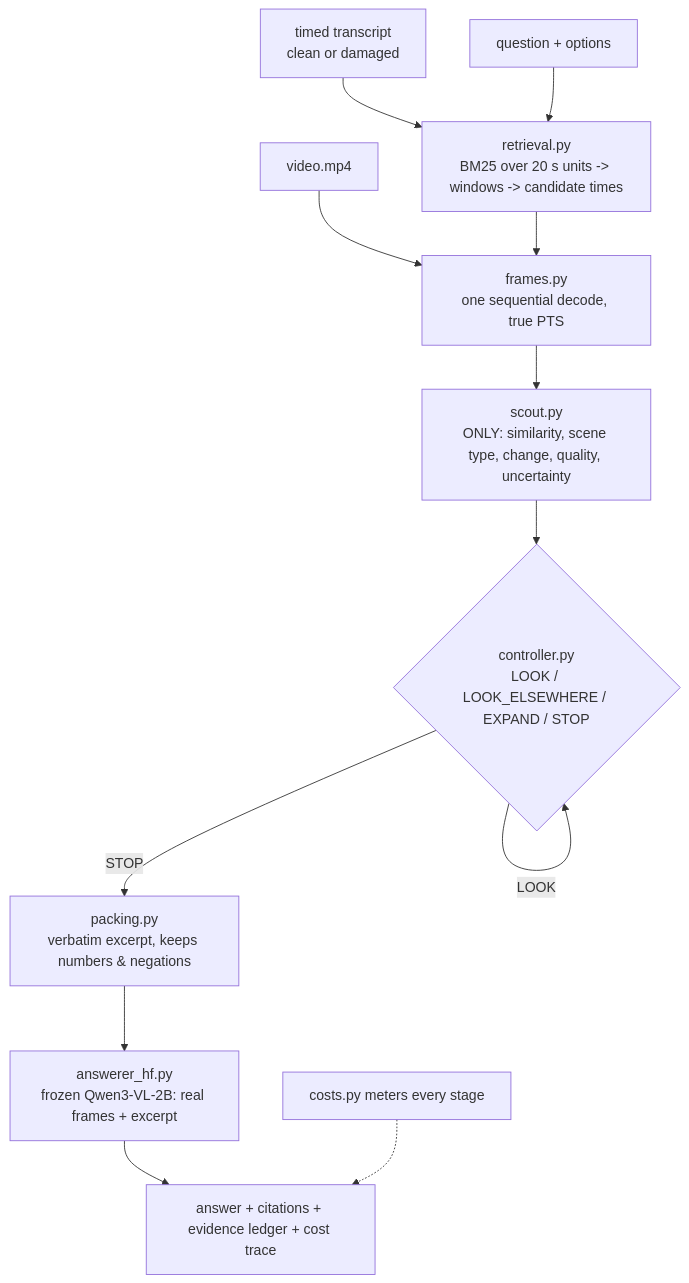
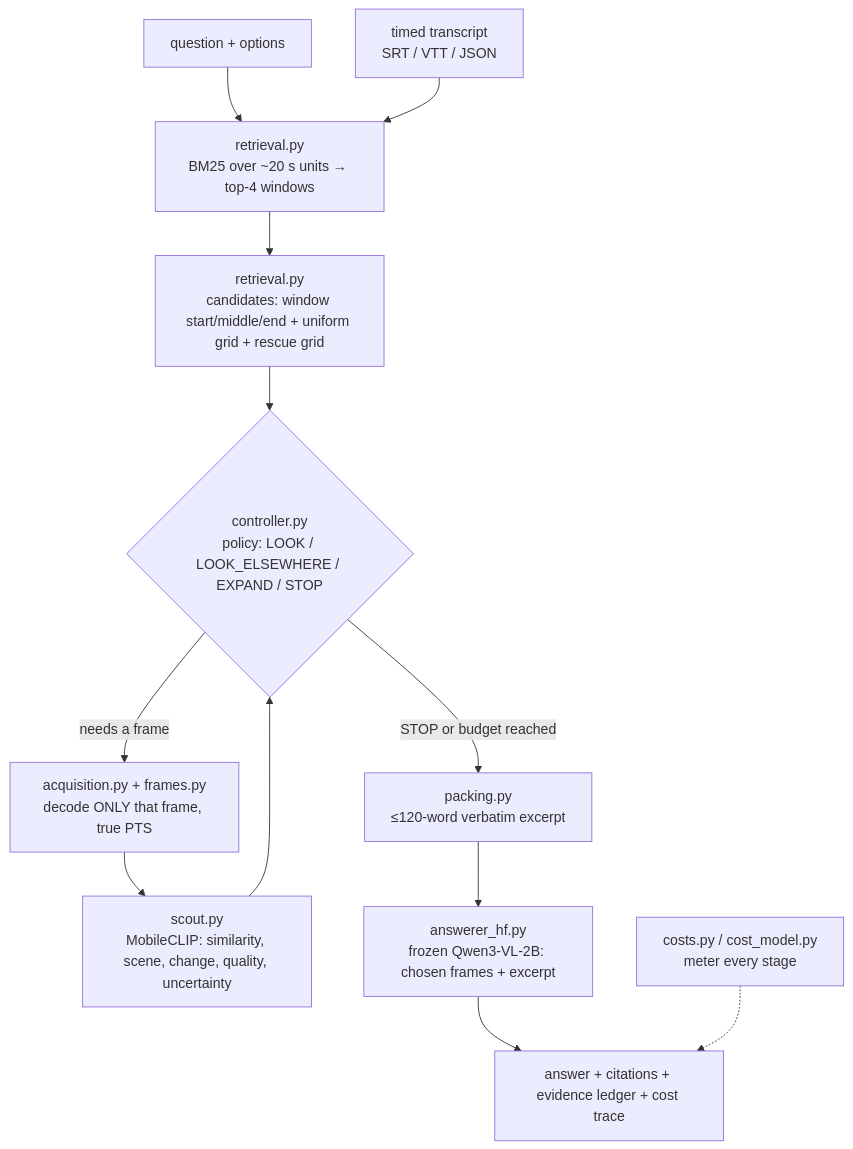
One commit to ham0004/local-surf changed the diagram in docs/architecture.md. Above: the diagram before and after it, drawn with Mermaid. The commit also changed other lines of this file and 12 other files, not shown here.

````diff
--- a/docs/architecture.md
+++ b/docs/architecture.md
@@ -16,14 +14,14 @@
 ```mermaid
 flowchart TD
-    V[video.mp4] --> P
-    T[timed transcript<br/>clean or damaged] --> R
     Q[question + options] --> R
-    R[retrieval.py<br/>BM25 over 20 s units -> windows -> candidate times] --> P
-    P[frames.py<br/>one sequential decode, true PTS] --> S
-    S[scout.py<br/>ONLY: similarity, scene type, change, quality, uncertainty] --> C
-    C{controller.py<br/>LOOK / LOOK_ELSEWHERE / EXPAND / STOP} -->|LOOK| C
-    C -->|STOP| K[packing.py<br/>verbatim excerpt, keeps numbers & negations]
-    K --> A[answerer_hf.py<br/>frozen Qwen3-VL-2B: real frames + excerpt]
+    T[timed transcript<br/>SRT / VTT / JSON] --> R
+    R[retrieval.py<br/>BM25 over ~20 s units → top-4 windows] --> G
+    G[retrieval.py<br/>candidates: window start/middle/end + uniform grid + rescue grid] --> C
+    C{controller.py<br/>policy: LOOK / LOOK_ELSEWHERE / EXPAND / STOP} -->|needs a frame| F
+    F[acquisition.py + frames.py<br/>decode ONLY that frame, true PTS] --> S
+    S[scout.py<br/>MobileCLIP: similarity, scene, change, quality, uncertainty] --> C
+    C -->|STOP or budget reached| K[packing.py<br/>≤120-word verbatim excerpt]
+    K --> A[answerer_hf.py<br/>frozen Qwen3-VL-2B: chosen frames + excerpt]
     A --> O[answer + citations + evidence ledger + cost trace]
-    M[costs.py meters every stage] -.-> O
+    M[costs.py / cost_model.py<br/>meter every stage] -.-> O
 ```
````
